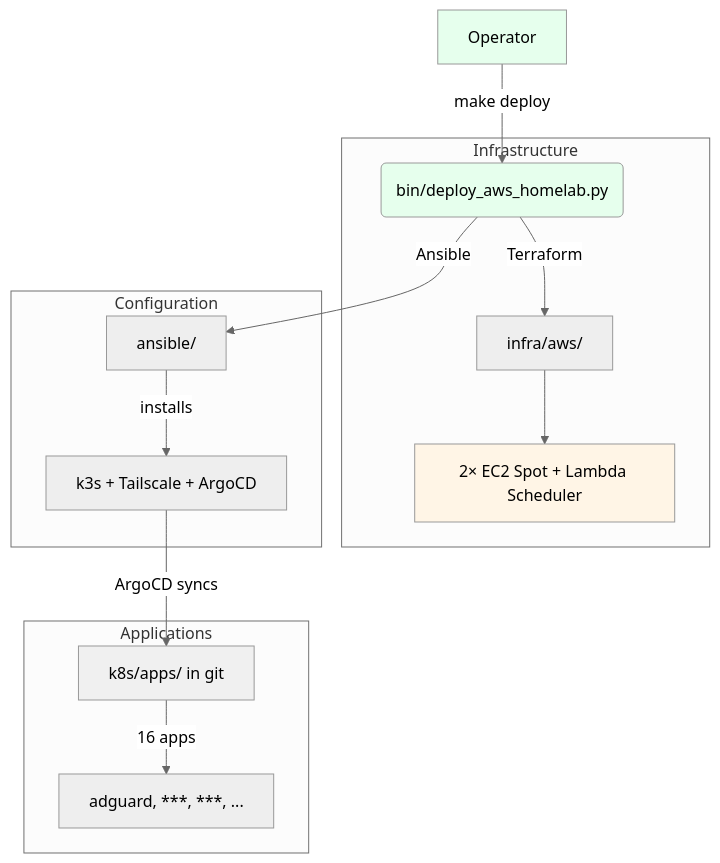
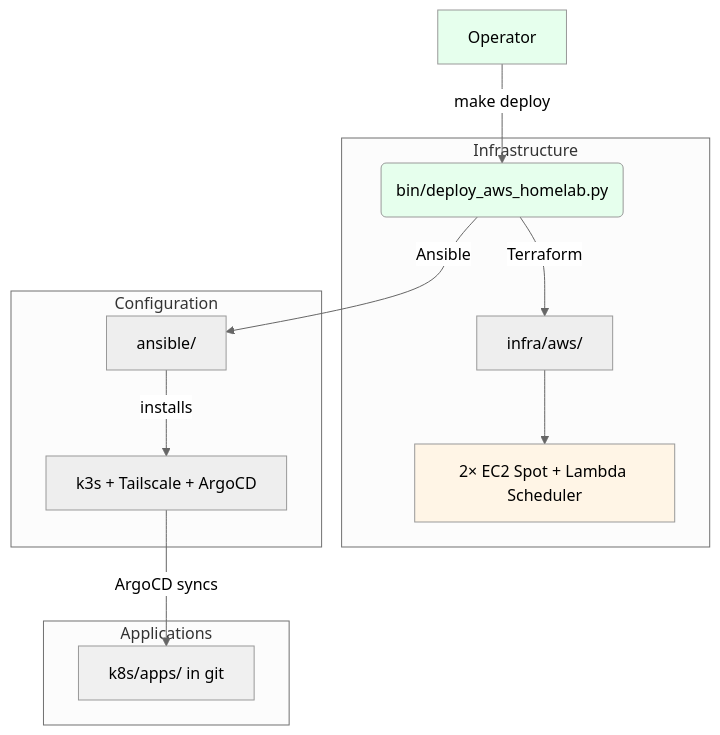
Before and after one commit to ariel-extending851/homelab: the diagram in README.md, drawn with Mermaid (neutral theme). The commit also changed 56 other files, not shown here.

````diff
--- a/README.md
+++ b/README.md
@@ -9,24 +9,23 @@
 ```mermaid
 graph TD
     A[Operator] -- make deploy --> B(bin/deploy_aws_homelab.py)
 
     subgraph Infrastructure
         B -- Terraform --> D[infra/aws/]
         D --> E[2× EC2 Spot + Lambda Scheduler]
     end
 
     subgraph Configuration
         B -- Ansible --> J[ansible/]
         J -- installs --> K[k3s + Tailscale + ArgoCD]
     end
 
     subgraph Applications
         K -- ArgoCD syncs --> M[k8s/apps/ in git]
-        M -- 16 apps --> N[adguard, ***, ***, ...]
     end
 
     style A fill:#e6ffed
     style B fill:#e6ffed
     style M fill:#f0f0f0
     style E fill:#fff5e6
 ```
````
